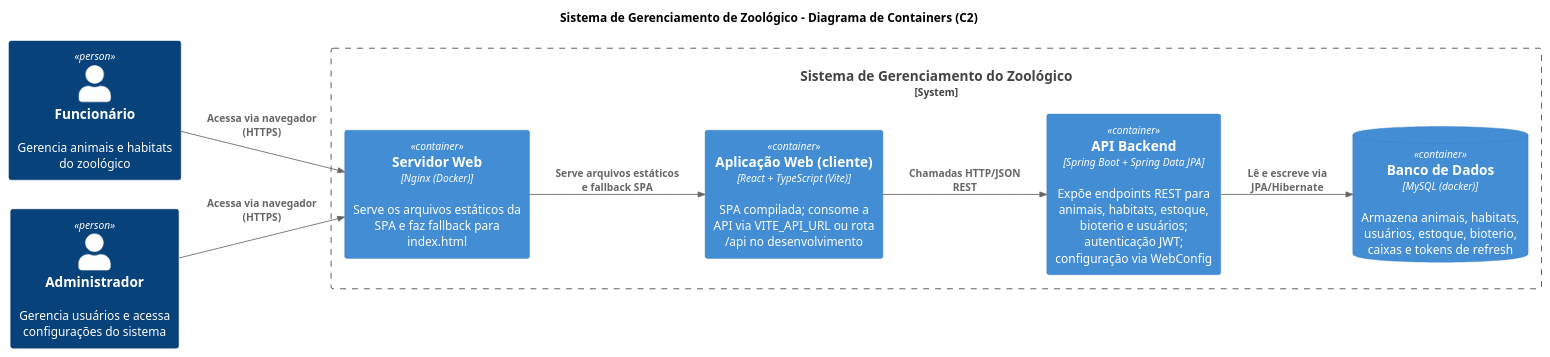
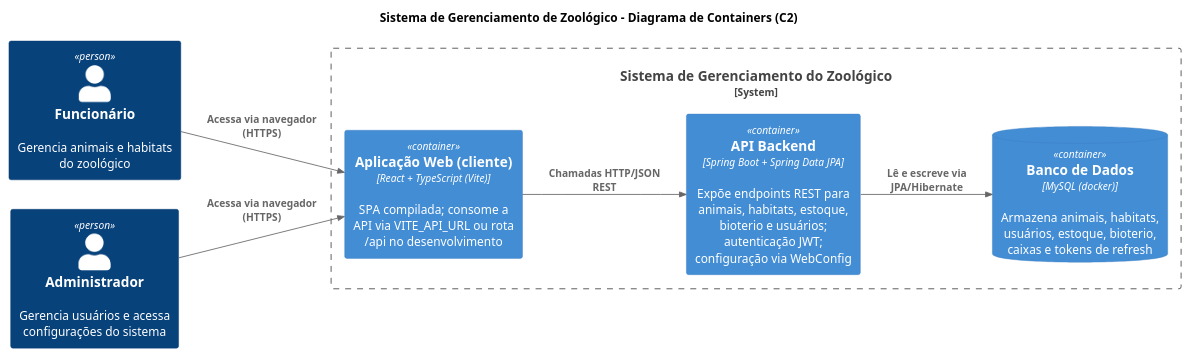
Before and after one commit to vinicius-gomes-cruz/TCC-ZOO-2026: the diagram in Diagramas TCC/Diagrama de Container Horizontal.puml, drawn with PlantUML. The commit also changed 3 other files, not shown here.

Commit message:
Ajuste dos Diagramas

```diff
--- a/Diagramas TCC/Diagrama de Container Horizontal.puml
+++ b/Diagramas TCC/Diagrama de Container Horizontal.puml
@@ -1,29 +1,27 @@
 @startuml
 !include https://raw.githubusercontent.com/plantuml-stdlib/C4-PlantUML/master/C4_Component.puml
 title Sistema de Gerenciamento de Zoológico – Diagrama de Containers (C2)
 
 LAYOUT_LEFT_RIGHT()
 
 ' Pessoas (atores)
 Person(Funcionario, "Funcionário", "Gerencia animais e habitats do zoológico")
 Person(Administrador, "Administrador", "Gerencia usuários e acessa configurações do sistema")
 
 ' Sistema e containers
 System_Boundary(Sistema, "Sistema de Gerenciamento do Zoológico") {
-    Container(Nginx, "Servidor Web", "Nginx (Docker)", "Serve os arquivos estáticos da SPA e faz fallback para index.html")
     Container(WebApp, "Aplicação Web (cliente)", "React + TypeScript (Vite)", "SPA compilada; consome a API via VITE_API_URL ou rota /api no desenvolvimento")
     Container(API, "API Backend", "Spring Boot + Spring Data JPA", "Expõe endpoints REST para animais, habitats, estoque, bioterio e usuários; autenticação JWT; configuração via WebConfig")
     ContainerDb(DB, "Banco de Dados", "MySQL (docker)", "Armazena animais, habitats, usuários, estoque, bioterio, caixas e tokens de refresh")
 }
 
 ' Relacionamentos
-Rel(Funcionario, Nginx, "Acessa via navegador (HTTPS)")
-Rel(Administrador, Nginx, "Acessa via navegador (HTTPS)")
-Rel(Nginx, WebApp, "Serve arquivos estáticos e fallback SPA")
+Rel(Funcionario, WebApp, "Acessa via navegador (HTTPS)")
+Rel(Administrador, WebApp, "Acessa via navegador (HTTPS)")
 Rel(WebApp, API, "Chamadas HTTP/JSON REST")
 Rel(API, DB, "Lê e escreve via JPA/Hibernate")
 
 ' Observação: todos os containers normalmente empacotados em Docker
 
 
 @enduml
```
